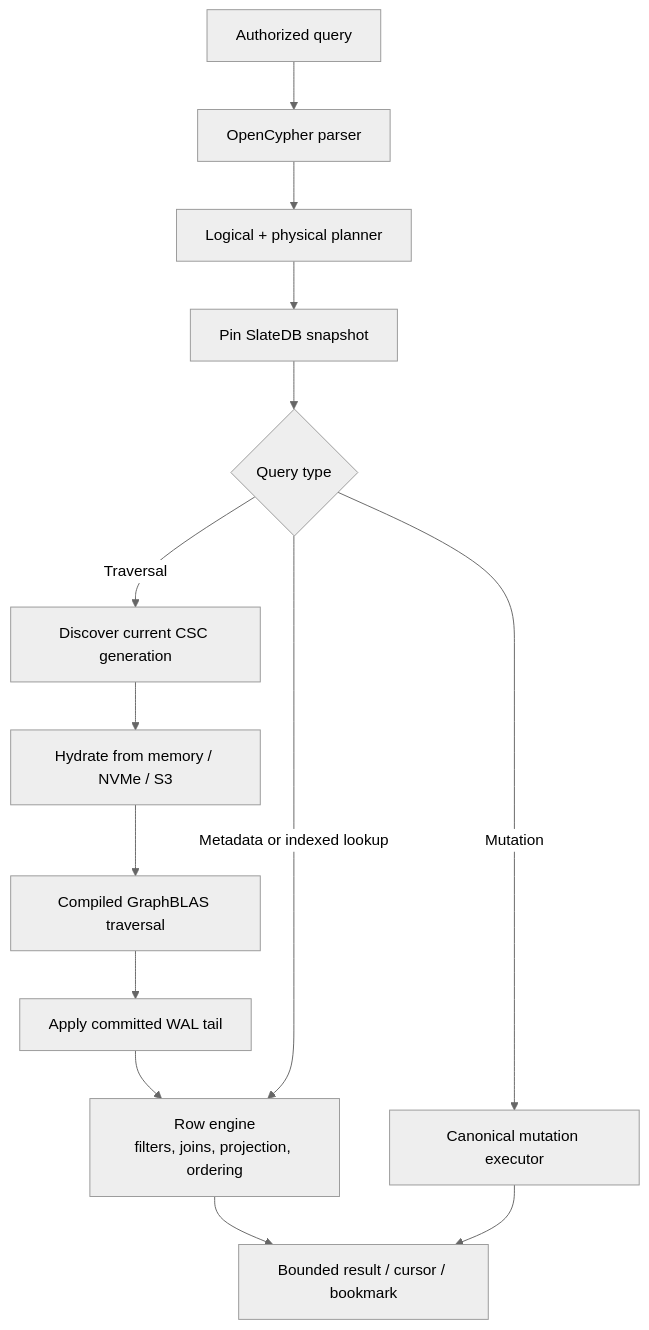
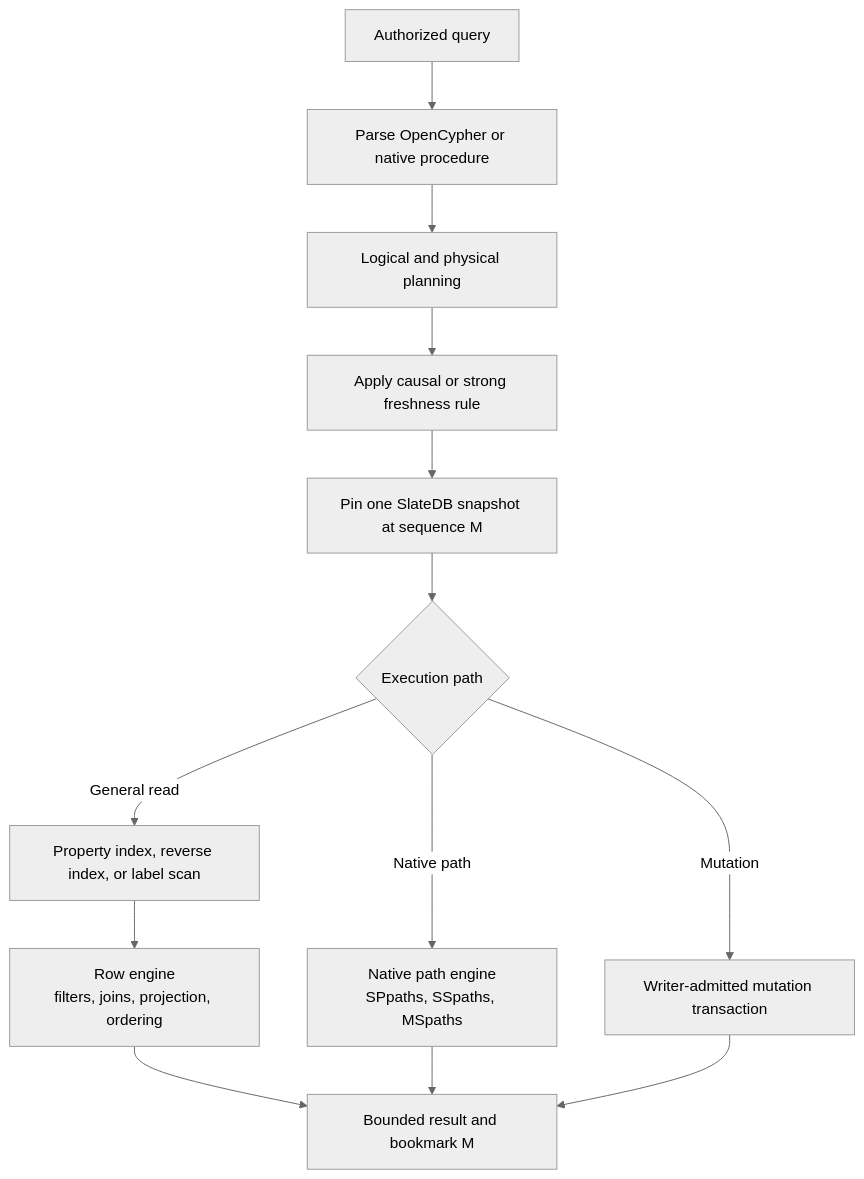
Before and after one commit to BHAVIKA44/hydraddb: the third of 10 diagrams in architecture.md, drawn with Mermaid (neutral theme). The commit also changed other lines of this file and 4 other files, not shown here.

````diff
--- a/architecture.md
+++ b/architecture.md
@@ -144,23 +206,20 @@
 ```mermaid
 flowchart TB
     REQUEST["Authorized query"]
-    PARSE["OpenCypher parser"]
-    PLAN["Logical + physical planner"]
-    SNAP["Pin SlateDB snapshot"]
-    ROUTE{"Query type"}
+    PARSE["Parse OpenCypher or native procedure"]
+    PLAN["Logical and physical planning"]
+    CONSISTENCY["Apply causal or strong freshness rule"]
+    SNAPSHOT["Pin one SlateDB snapshot at sequence M"]
+    KIND{"Execution path"}
 
-    INDEX["Discover current CSC generation"]
-    CACHE["Hydrate from memory / NVMe / S3"]
-    GB["Compiled GraphBLAS traversal"]
-    TAIL["Apply committed WAL tail"]
+    LOOKUP["Property index, reverse index, or label scan"]
     ROW["Row engine<br/>filters, joins, projection, ordering"]
-    WRITE["Canonical mutation executor"]
-    RESULT["Bounded result / cursor / bookmark"]
+    PATH["Native path engine<br/>SPpaths, SSpaths, MSpaths"]
+    MUTATE["Writer-admitted mutation transaction"]
+    RESULT["Bounded result and bookmark M"]
 
-    REQUEST --> PARSE --> PLAN --> SNAP --> ROUTE
-    ROUTE -->|"Traversal"| INDEX --> CACHE --> GB --> TAIL --> ROW
-    ROUTE -->|"Metadata or indexed lookup"| ROW
-    ROUTE -->|"Mutation"| WRITE
-    ROW --> RESULT
-    WRITE --> RESULT
+    REQUEST --> PARSE --> PLAN --> CONSISTENCY --> SNAPSHOT --> KIND
+    KIND -->|"General read"| LOOKUP --> ROW --> RESULT
+    KIND -->|"Native path"| PATH --> RESULT
+    KIND -->|"Mutation"| MUTATE --> RESULT
 ```
````
